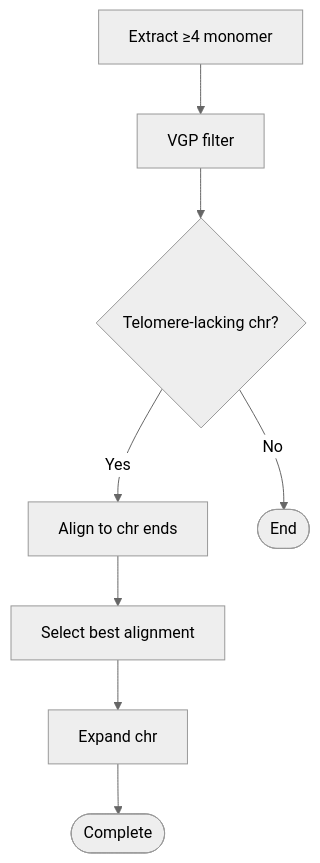
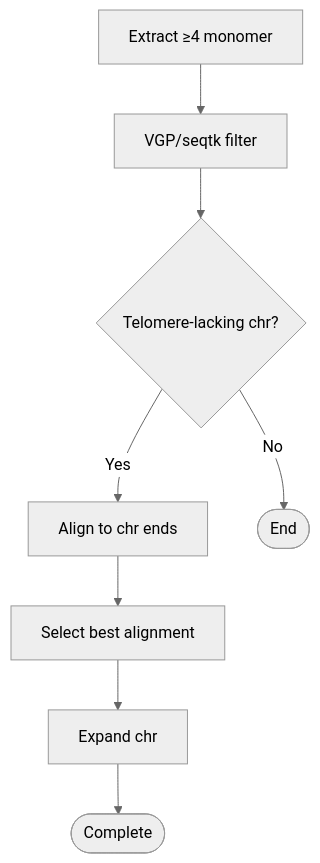
Before and after one commit to zskey-zn/Telomere_expand: the diagram in README.md, drawn with Mermaid (neutral theme). The commit also changed other lines of this file, not shown here.

Commit message:
Update README with correct seqtk link

````diff
--- a/README.md
+++ b/README.md
@@ -10,11 +10,11 @@
 ```mermaid
 flowchart TD
     A[Extract ≥4 monomer] 
-    --> B[VGP filter]
+    --> B[VGP/seqtk filter]
     --> C{Telomere-lacking chr?}
     C -->|Yes| D[Align to chr ends]
     C -->|No| X([End])
     D --> E[Select best alignment]
     E --> F[Expand chr]
     F --> G([Complete])
 ```
````
